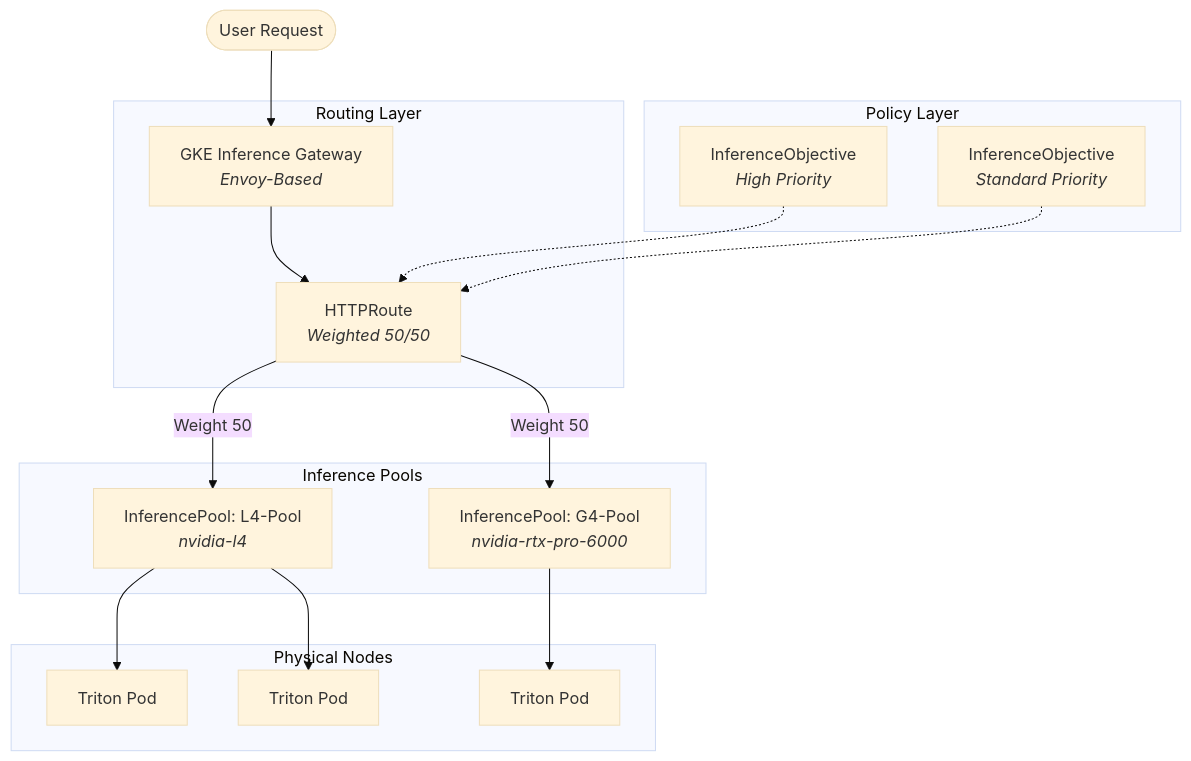
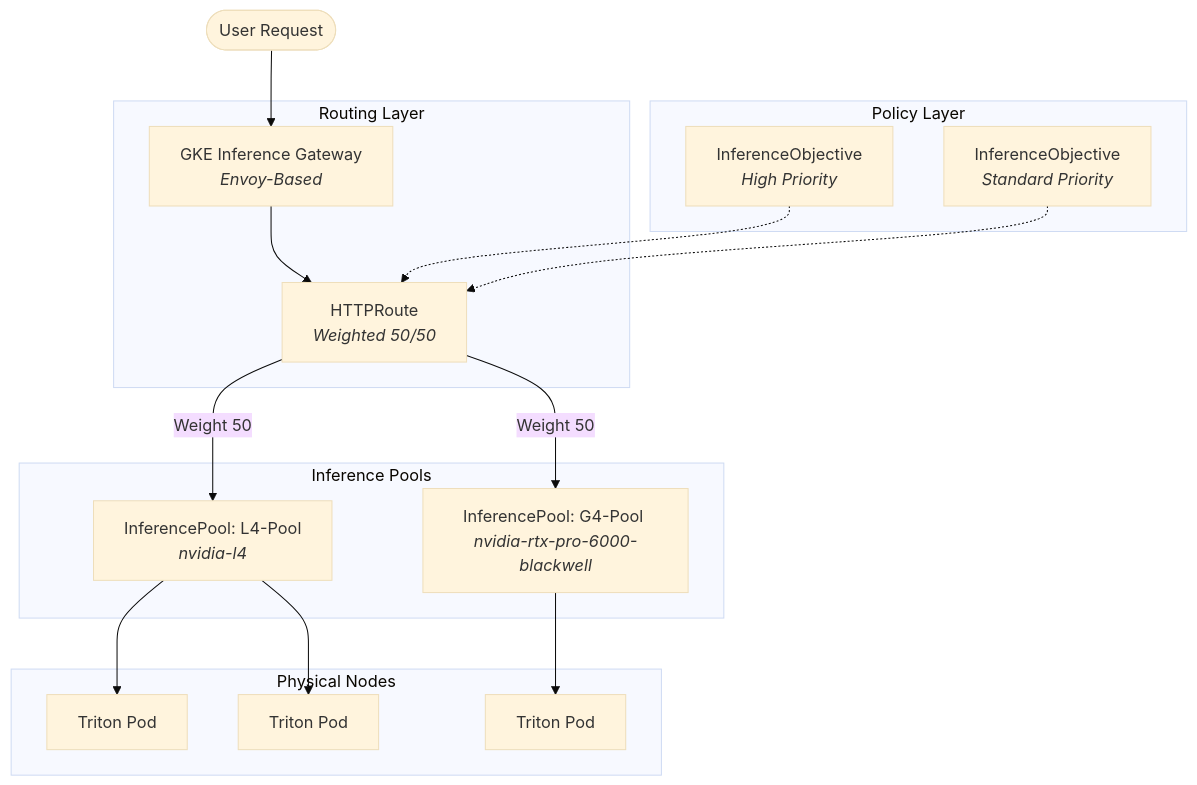
The diagram in docs/architecture-and-scaling.md (andrewaddo/gkeig-multi-deployment), drawn with Mermaid (base theme) before and after one commit. The commit also changed other lines of this file, not shown here.

Commit message:
docs: update gpu hardware specs to accurately reflect nvidia rtx 6000 blackwell on g4

````diff
--- a/docs/architecture-and-scaling.md
+++ b/docs/architecture-and-scaling.md
@@ -60,24 +65,24 @@
 ```mermaid
 graph TD
     User([User Request]) --> Gateway[GKE Inference Gateway <br/><i>Envoy-Based</i>]
     
     subgraph Routing Layer
         Gateway --> Route[HTTPRoute <br/><i>Weighted 50/50</i>]
     end
 
     subgraph Policy Layer
         ObjA[InferenceObjective <br/><i>High Priority</i>] -.-> Route
         ObjB[InferenceObjective <br/><i>Standard Priority</i>] -.-> Route
     end
 
     subgraph Inference Pools
         Route -- Weight 50 --> PoolL4[InferencePool: L4-Pool <br/><i>nvidia-l4</i>]
-        Route -- Weight 50 --> PoolG4[InferencePool: G4-Pool <br/><i>nvidia-rtx-pro-6000</i>]
+        Route -- Weight 50 --> PoolG4[InferencePool: G4-Pool <br/><i>nvidia-rtx-pro-6000-blackwell</i>]
     end
 
     subgraph Physical Nodes
         PoolL4 --> PodL1[Triton Pod]
         PoolL4 --> PodL2[Triton Pod]
         PoolG4 --> PodG1[Triton Pod]
     end
 ```
````
